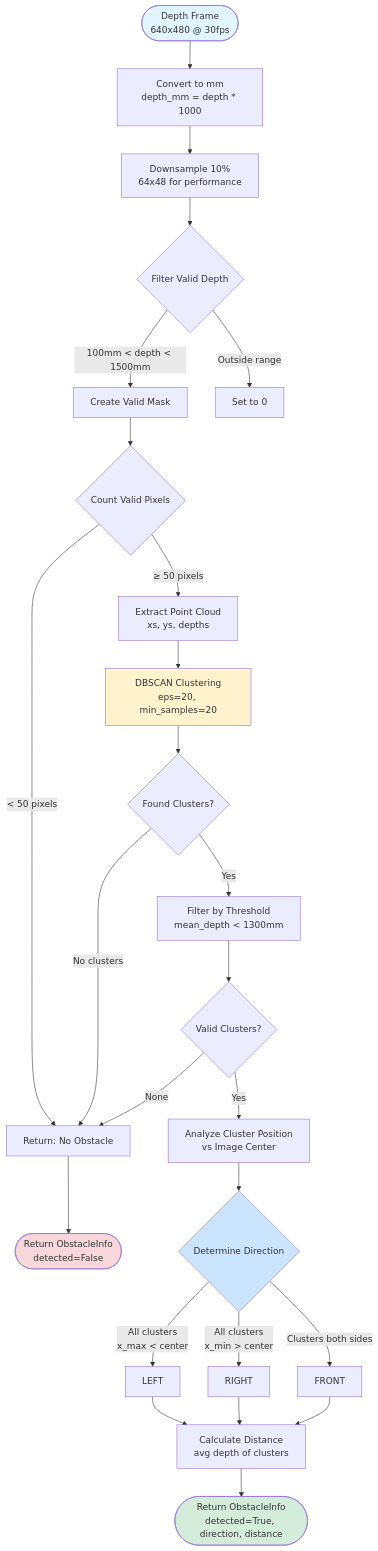
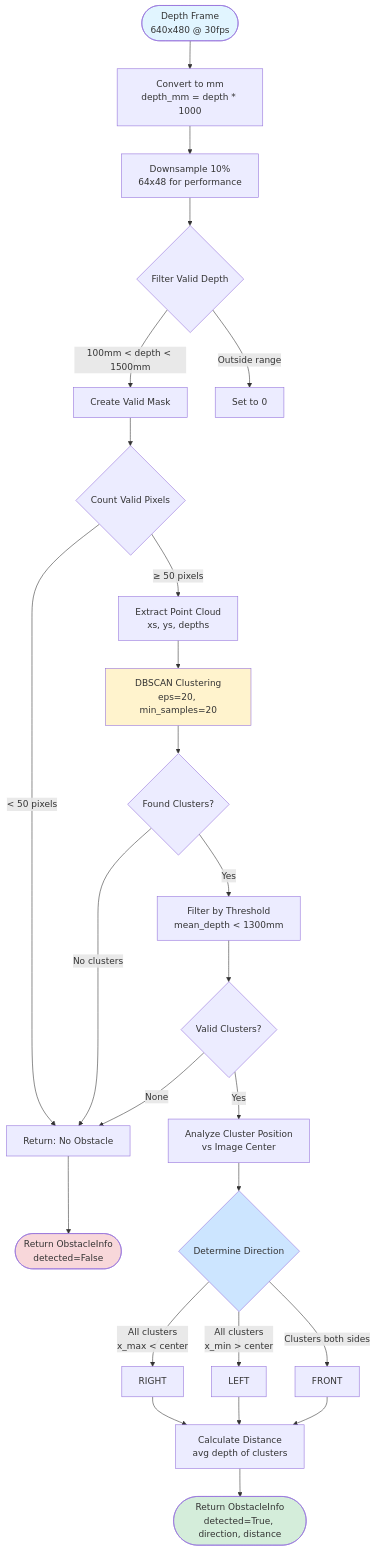
The third of 4 diagrams in nectar/nectar/control/obstacles/README.md (Black-Bee-Drones/nectar-sdk), drawn with Mermaid before and after one commit. The commit also changed other lines of this file and 22 other files, not shown here.

````diff
--- a/nectar/nectar/control/obstacles/README.md
+++ b/nectar/nectar/control/obstacles/README.md
@@ -293,40 +294,40 @@
 ```mermaid
 flowchart TD
     Start([Depth Frame<br/>640x480 @ 30fps]) --> Convert[Convert to mm<br/>depth_mm = depth * 1000]
     Convert --> Downsample[Downsample 10%<br/>64x48 for performance]
     Downsample --> Filter{Filter Valid Depth}
     Filter -->|100mm < depth < 1500mm| ValidMask[Create Valid Mask]
     Filter -->|Outside range| Discard[Set to 0]
 
     ValidMask --> Count{Count Valid Pixels}
     Count -->|< 50 pixels| NoObstacle[Return: No Obstacle]
     Count -->|≥ 50 pixels| ExtractPoints[Extract Point Cloud<br/>xs, ys, depths]
 
     ExtractPoints --> DBSCAN[DBSCAN Clustering<br/>eps=20, min_samples=20]
     DBSCAN --> Clusters{Found Clusters?}
     Clusters -->|No clusters| NoObstacle
     Clusters -->|Yes| FilterClusters
 
     FilterClusters[Filter by Threshold<br/>mean_depth < 1300mm] --> ValidClusters{Valid Clusters?}
     ValidClusters -->|None| NoObstacle
     ValidClusters -->|Yes| AnalyzePosition
 
     AnalyzePosition[Analyze Cluster Position<br/>vs Image Center] --> Direction{Determine Direction}
 
-    Direction -->|All clusters<br/>x_max < center| DirLeft[LEFT]
-    Direction -->|All clusters<br/>x_min > center| DirRight[RIGHT]
+    Direction -->|All clusters<br/>x_max < center| DirLeft[RIGHT]
+    Direction -->|All clusters<br/>x_min > center| DirRight[LEFT]
     Direction -->|Clusters both sides| DirFront[FRONT]
 
     DirLeft --> CalcDist[Calculate Distance<br/>avg depth of clusters]
     DirRight --> CalcDist
     DirFront --> CalcDist
 
     CalcDist --> Return([Return ObstacleInfo<br/>detected=True, direction, distance])
     NoObstacle --> ReturnFalse([Return ObstacleInfo<br/>detected=False])
 
     style Start fill:#e1f5ff
     style Return fill:#d4edda
     style ReturnFalse fill:#f8d7da
     style DBSCAN fill:#fff3cd
     style Direction fill:#cce5ff
 ```
````
